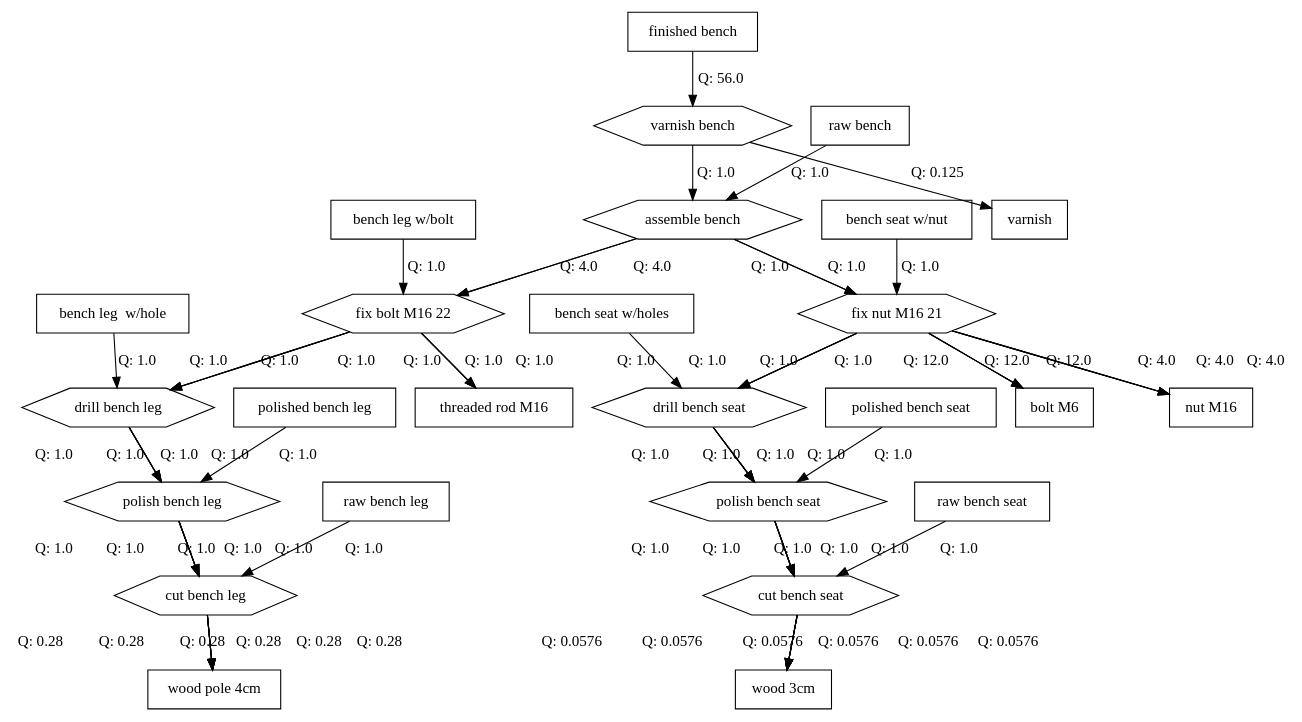
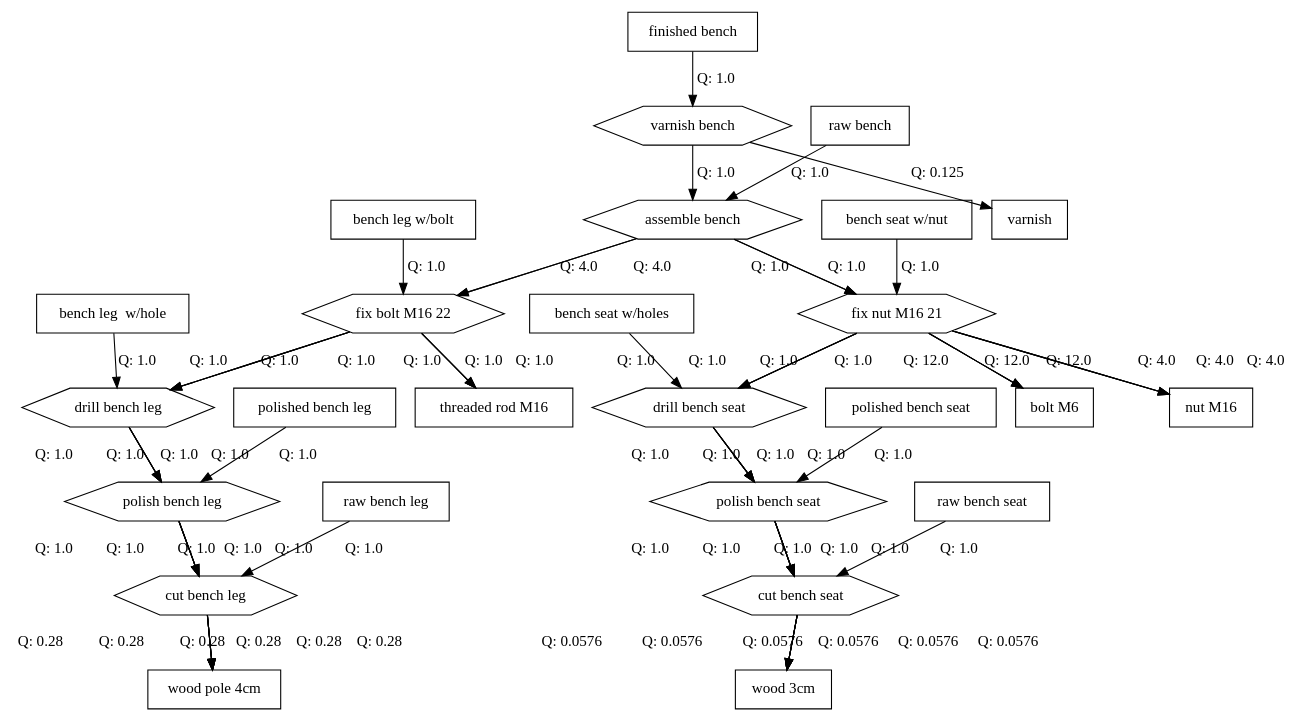
One commit to ricardomm7/buildflow changed the diagram in outFiles/production_tree.dot. Above: the diagram before and after it, drawn with Graphviz. The commit also changed 11 other files, not shown here.

```diff
--- a/outFiles/production_tree.dot
+++ b/outFiles/production_tree.dot
@@ -1,141 +1,141 @@
 digraph G {
   splines=false;
   "1001" [shape=box label="bench leg  w/hole"];
   "1001" -> "14" [label="Q: 1.0"];
   "14" [shape=hexagon label="drill bench leg"];
   "14" -> "18" [label="Q: 1.0"];
   "18" [shape=hexagon label="polish bench leg"];
   "18" -> "12" [label="Q: 1.0"];
   "12" [shape=hexagon label="cut bench leg"];
   "12" -> "1016" [label="Q: 0.28"];
   "1016" [shape=box label="wood pole 4cm"];
   "1002" [shape=box label="bench leg w/bolt"];
   "1002" -> "16" [label="Q: 1.0"];
   "16" [shape=hexagon label="fix bolt M16 22"];
   "16" -> "1013" [label="Q: 1.0"];
   "1013" [shape=box label="threaded rod M16"];
   "16" -> "14" [label="Q: 1.0"];
   "14" [shape=hexagon label="drill bench leg"];
   "14" -> "18" [label="Q: 1.0"];
   "18" [shape=hexagon label="polish bench leg"];
   "18" -> "12" [label="Q: 1.0"];
   "12" [shape=hexagon label="cut bench leg"];
   "12" -> "1016" [label="Q: 0.28"];
   "1016" [shape=box label="wood pole 4cm"];
   "1003" [shape=box label="bench seat w/holes"];
   "1003" -> "15" [label="Q: 1.0"];
   "15" [shape=hexagon label="drill bench seat "];
   "15" -> "19" [label="Q: 1.0"];
   "19" [shape=hexagon label="polish bench seat "];
   "19" -> "13" [label="Q: 1.0"];
   "13" [shape=hexagon label="cut bench seat"];
   "13" -> "1015" [label="Q: 0.0576"];
   "1015" [shape=box label="wood 3cm"];
   "1004" [shape=box label="bench seat w/nut"];
   "1004" -> "17" [label="Q: 1.0"];
   "17" [shape=hexagon label="fix nut M16 21"];
   "17" -> "1005" [label="Q: 12.0"];
   "1005" [shape=box label="bolt M6"];
   "17" -> "15" [label="Q: 1.0"];
   "15" [shape=hexagon label="drill bench seat "];
   "15" -> "19" [label="Q: 1.0"];
   "19" [shape=hexagon label="polish bench seat "];
   "19" -> "13" [label="Q: 1.0"];
   "13" [shape=hexagon label="cut bench seat"];
   "13" -> "1015" [label="Q: 0.0576"];
   "1015" [shape=box label="wood 3cm"];
   "17" -> "1007" [label="Q: 4.0"];
   "1007" [shape=box label="nut M16"];
   "1005" [shape=box label="bolt M6"];
   "1006" [shape=box label="finished bench"];
-  "1006" -> "20" [label="Q: 56.0"];
+  "1006" -> "20" [label="Q: 1.0"];
   "20" [shape=hexagon label="varnish bench "];
   "20" -> "1014" [label="Q: 0.125"];
   "1014" [shape=box label="varnish"];
   "20" -> "11" [label="Q: 1.0"];
   "11" [shape=hexagon label="assemble bench "];
   "11" -> "16" [label="Q: 4.0"];
   "16" [shape=hexagon label="fix bolt M16 22"];
   "16" -> "1013" [label="Q: 1.0"];
   "1013" [shape=box label="threaded rod M16"];
   "16" -> "14" [label="Q: 1.0"];
   "14" [shape=hexagon label="drill bench leg"];
   "14" -> "18" [label="Q: 1.0"];
   "18" [shape=hexagon label="polish bench leg"];
   "18" -> "12" [label="Q: 1.0"];
   "12" [shape=hexagon label="cut bench leg"];
   "12" -> "1016" [label="Q: 0.28"];
   "1016" [shape=box label="wood pole 4cm"];
   "11" -> "17" [label="Q: 1.0"];
   "17" [shape=hexagon label="fix nut M16 21"];
   "17" -> "1005" [label="Q: 12.0"];
   "1005" [shape=box label="bolt M6"];
   "17" -> "15" [label="Q: 1.0"];
   "15" [shape=hexagon label="drill bench seat "];
   "15" -> "19" [label="Q: 1.0"];
   "19" [shape=hexagon label="polish bench seat "];
   "19" -> "13" [label="Q: 1.0"];
   "13" [shape=hexagon label="cut bench seat"];
   "13" -> "1015" [label="Q: 0.0576"];
   "1015" [shape=box label="wood 3cm"];
   "17" -> "1007" [label="Q: 4.0"];
   "1007" [shape=box label="nut M16"];
   "1007" [shape=box label="nut M16"];
   "1008" [shape=box label="polished bench leg"];
   "1008" -> "18" [label="Q: 1.0"];
   "18" [shape=hexagon label="polish bench leg"];
   "18" -> "12" [label="Q: 1.0"];
   "12" [shape=hexagon label="cut bench leg"];
   "12" -> "1016" [label="Q: 0.28"];
   "1016" [shape=box label="wood pole 4cm"];
   "1009" [shape=box label="polished bench seat"];
   "1009" -> "19" [label="Q: 1.0"];
   "19" [shape=hexagon label="polish bench seat "];
   "19" -> "13" [label="Q: 1.0"];
   "13" [shape=hexagon label="cut bench seat"];
   "13" -> "1015" [label="Q: 0.0576"];
   "1015" [shape=box label="wood 3cm"];
   "1010" [shape=box label="raw bench"];
   "1010" -> "11" [label="Q: 1.0"];
   "11" [shape=hexagon label="assemble bench "];
   "11" -> "16" [label="Q: 4.0"];
   "16" [shape=hexagon label="fix bolt M16 22"];
   "16" -> "1013" [label="Q: 1.0"];
   "1013" [shape=box label="threaded rod M16"];
   "16" -> "14" [label="Q: 1.0"];
   "14" [shape=hexagon label="drill bench leg"];
   "14" -> "18" [label="Q: 1.0"];
   "18" [shape=hexagon label="polish bench leg"];
   "18" -> "12" [label="Q: 1.0"];
   "12" [shape=hexagon label="cut bench leg"];
   "12" -> "1016" [label="Q: 0.28"];
   "1016" [shape=box label="wood pole 4cm"];
   "11" -> "17" [label="Q: 1.0"];
   "17" [shape=hexagon label="fix nut M16 21"];
   "17" -> "1005" [label="Q: 12.0"];
   "1005" [shape=box label="bolt M6"];
   "17" -> "15" [label="Q: 1.0"];
   "15" [shape=hexagon label="drill bench seat "];
   "15" -> "19" [label="Q: 1.0"];
   "19" [shape=hexagon label="polish bench seat "];
   "19" -> "13" [label="Q: 1.0"];
   "13" [shape=hexagon label="cut bench seat"];
   "13" -> "1015" [label="Q: 0.0576"];
   "1015" [shape=box label="wood 3cm"];
   "17" -> "1007" [label="Q: 4.0"];
   "1007" [shape=box label="nut M16"];
   "1011" [shape=box label="raw bench leg"];
   "1011" -> "12" [label="Q: 1.0"];
   "12" [shape=hexagon label="cut bench leg"];
   "12" -> "1016" [label="Q: 0.28"];
   "1016" [shape=box label="wood pole 4cm"];
   "1012" [shape=box label="raw bench seat"];
   "1012" -> "13" [label="Q: 1.0"];
   "13" [shape=hexagon label="cut bench seat"];
   "13" -> "1015" [label="Q: 0.0576"];
   "1015" [shape=box label="wood 3cm"];
   "1013" [shape=box label="threaded rod M16"];
   "1014" [shape=box label="varnish"];
   "1015" [shape=box label="wood 3cm"];
   "1016" [shape=box label="wood pole 4cm"];
 }
```
